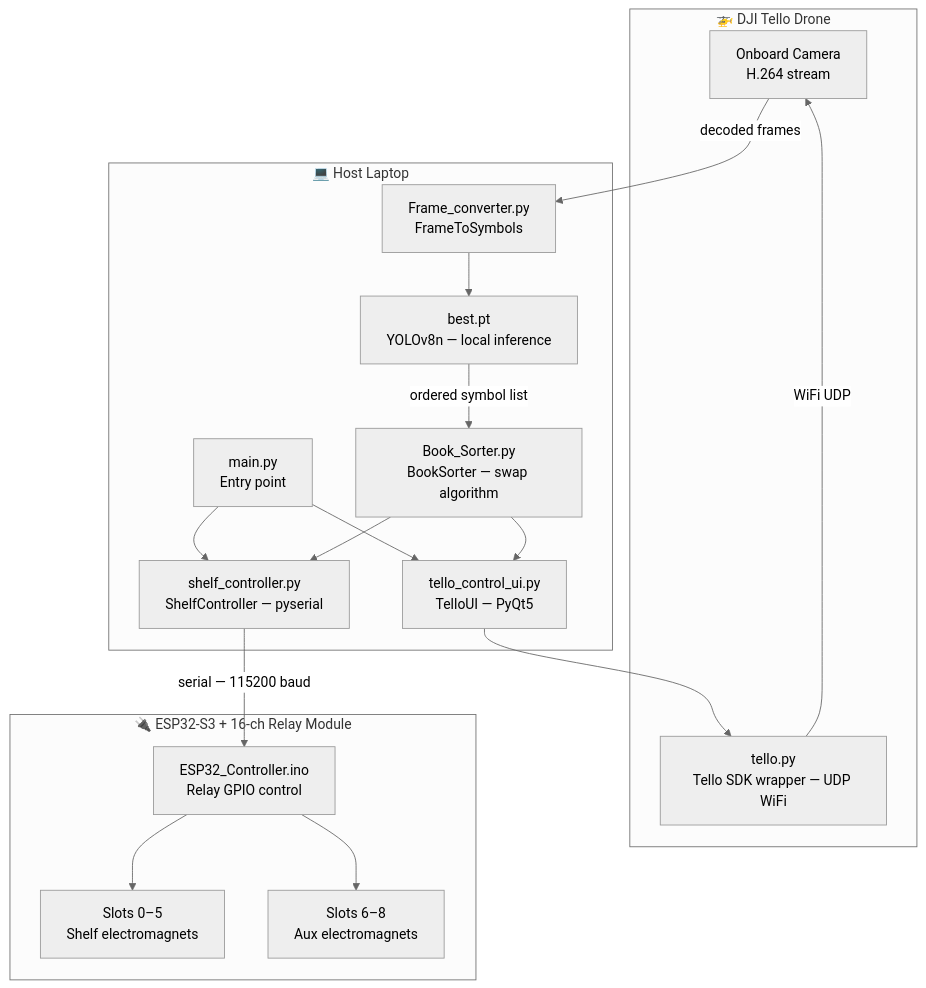
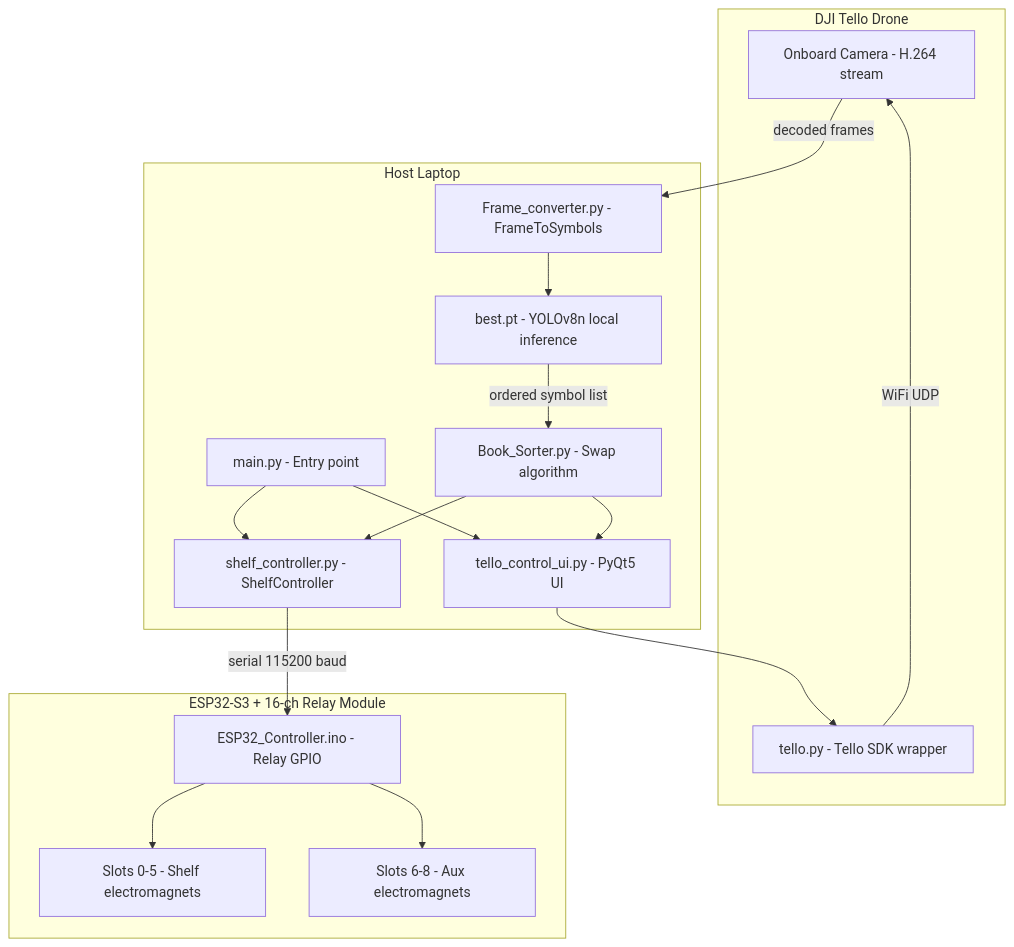
The diagram in README.md (SSOE-ECE1390/Drone-Based-Miniature-Book-Sorting-System), drawn with Mermaid before and after one commit.

Commit message:
Fix Mermaid diagram syntax for GitHub rendering compatibility

````diff
--- a/README.md
+++ b/README.md
@@ -100,36 +100,35 @@
 ```mermaid
-%%{init: {'theme': 'neutral'}}%%
 flowchart TD
-    subgraph Drone["🚁 DJI Tello Drone"]
-        Camera["Onboard Camera\nH.264 stream"]
-        TelloPy["tello.py\nTello SDK wrapper — UDP WiFi"]
+    subgraph Drone["DJI Tello Drone"]
+        Camera["Onboard Camera - H.264 stream"]
+        TelloPy["tello.py - Tello SDK wrapper"]
     end
 
-    subgraph Host["💻 Host Laptop"]
-        main["main.py\nEntry point"]
-        TelloUI["tello_control_ui.py\nTelloUI — PyQt5"]
-        FTS["Frame_converter.py\nFrameToSymbols"]
-        YOLO["best.pt\nYOLOv8n — local inference"]
-        BS["Book_Sorter.py\nBookSorter — swap algorithm"]
-        SC["shelf_controller.py\nShelfController — pyserial"]
+    subgraph Host["Host Laptop"]
+        main["main.py - Entry point"]
+        TelloUI["tello_control_ui.py - PyQt5 UI"]
+        FTS["Frame_converter.py - FrameToSymbols"]
+        YOLO["best.pt - YOLOv8n local inference"]
+        BS["Book_Sorter.py - Swap algorithm"]
+        SC["shelf_controller.py - ShelfController"]
     end
 
-    subgraph ESP32["🔌 ESP32-S3 + 16-ch Relay Module"]
-        Arduino["ESP32_Controller.ino\nRelay GPIO control"]
-        Slots05["Slots 0–5\nShelf electromagnets"]
-        Slots68["Slots 6–8\nAux electromagnets"]
+    subgraph ESP32["ESP32-S3 + 16-ch Relay Module"]
+        Arduino["ESP32_Controller.ino - Relay GPIO"]
+        Slots05["Slots 0-5 - Shelf electromagnets"]
+        Slots68["Slots 6-8 - Aux electromagnets"]
     end
 
     main --> TelloUI
     main --> SC
     TelloUI --> TelloPy
-    TelloPy -->|"WiFi UDP"| Camera
-    Camera -->|"decoded frames"| FTS
+    TelloPy -->|WiFi UDP| Camera
+    Camera -->|decoded frames| FTS
     FTS --> YOLO
-    YOLO -->|"ordered symbol list"| BS
+    YOLO -->|ordered symbol list| BS
     BS --> SC
     BS --> TelloUI
-    SC -->|"serial — 115200 baud"| Arduino
+    SC -->|serial 115200 baud| Arduino
     Arduino --> Slots05
     Arduino --> Slots68
 ```
````
